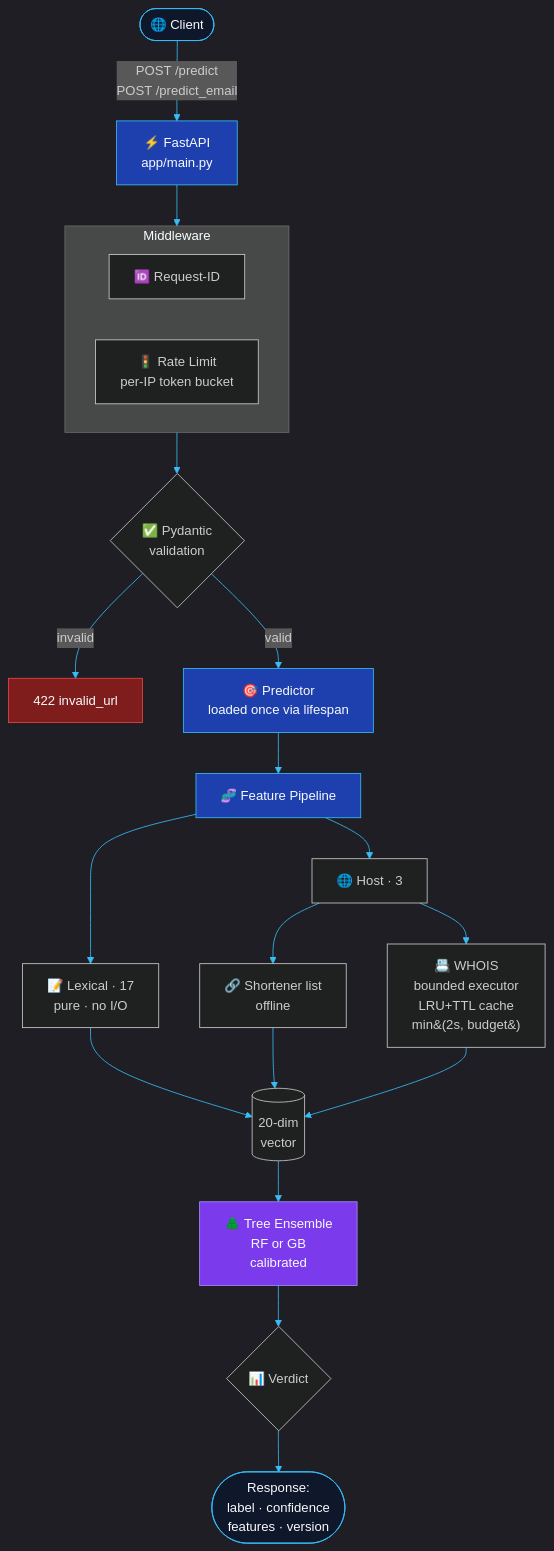
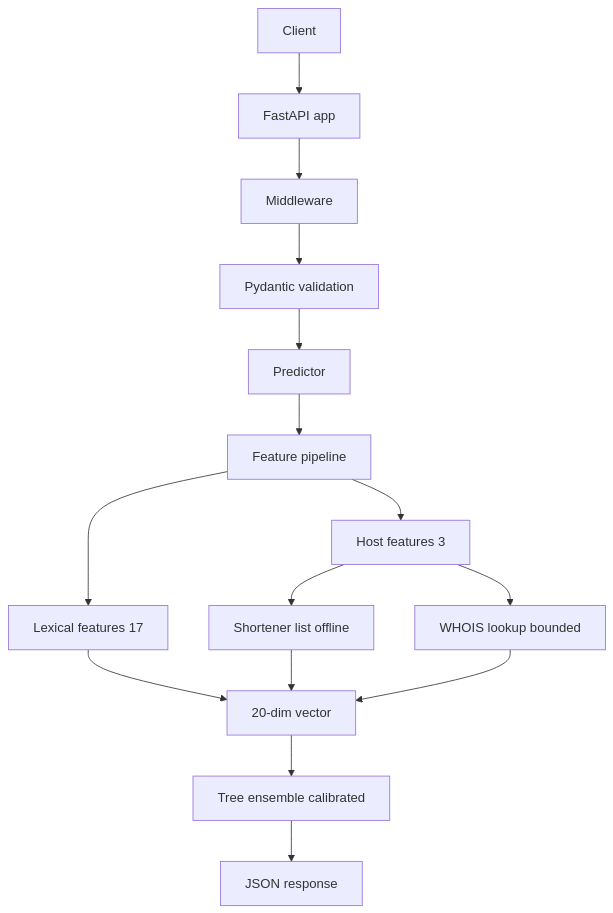
Before and after one commit to Abdulgeni/phishguard: the diagram in README.md, drawn with Mermaid. The commit also changed other lines of this file, not shown here.

````diff
--- a/README.md
+++ b/README.md
@@ -155,39 +148,31 @@
 ```mermaid
-%%{init: { "theme": "dark", "themeVariables": { "primaryColor": "#1e40af", "primaryTextColor": "#f8fafc", "primaryBorderColor": "#38bdf8", "lineColor": "#38bdf8", "secondaryColor": "#0f172a", "tertiaryColor": "#0f172a" } } }%%
 flowchart TB
-    Client([🌐 Client]) -->|POST /predict<br/>POST /predict_email| API[⚡ FastAPI<br/>app/main.py]
+    Client["Client"]
+    API["FastAPI app"]
+    MW["Middleware"]
+    Schema["Pydantic validation"]
+    Predictor["Predictor"]
+    Pipeline["Feature pipeline"]
+    Lex["Lexical features 17"]
+    Host["Host features 3"]
+    Short["Shortener list offline"]
+    WHOIS["WHOIS lookup bounded"]
+    Vec["20-dim vector"]
+    Model["Tree ensemble calibrated"]
+    Resp["JSON response"]
 
-    subgraph MW["Middleware"]
-        RID[🆔 Request-ID]
-        RL[🚦 Rate Limit<br/>per-IP token bucket]
-    end
-
+    Client --> API
     API --> MW
-    MW --> Schema{✅ Pydantic<br/>validation}
-
-    Schema -->|invalid| E422[422 invalid_url]
-    Schema -->|valid| Predictor[🎯 Predictor<br/>loaded once via lifespan]
-
-    Predictor --> Pipeline[🧬 Feature Pipeline]
-    Pipeline --> Lex[📝 Lexical · 17<br/>pure · no I/O]
-    Pipeline --> Host[🌐 Host · 3]
-
-    Host --> Short[🔗 Shortener list<br/>offline]
-    Host --> WHOIS[📇 WHOIS<br/>bounded executor<br/>LRU+TTL cache<br/>min&#40;2s, budget&#41;]
-
-    Lex --> Vec[(20-dim<br/>vector)]
+    MW --> Schema
+    Schema --> Predictor
+    Predictor --> Pipeline
+    Pipeline --> Lex
+    Pipeline --> Host
+    Host --> Short
+    Host --> WHOIS
+    Lex --> Vec
     Short --> Vec
     WHOIS --> Vec
-
-    Vec --> Model[🌲 Tree Ensemble<br/>RF or GB<br/>calibrated]
-    Model --> Verdict{📊 Verdict}
-    Verdict --> Resp([Response:<br/>label · confidence<br/>features · version])
-
-    style Client fill:#0f172a,stroke:#38bdf8,color:#f8fafc
-    style Resp fill:#0f172a,stroke:#38bdf8,color:#f8fafc
-    style API fill:#1e40af,stroke:#38bdf8,color:#f8fafc
-    style Predictor fill:#1e40af,stroke:#38bdf8,color:#f8fafc
-    style Pipeline fill:#1e40af,stroke:#38bdf8,color:#f8fafc
-    style Model fill:#7c3aed,stroke:#a78bfa,color:#f8fafc
-    style E422 fill:#7f1d1d,stroke:#ef4444,color:#f8fafc
+    Vec --> Model
+    Model --> Resp
 ```
````
